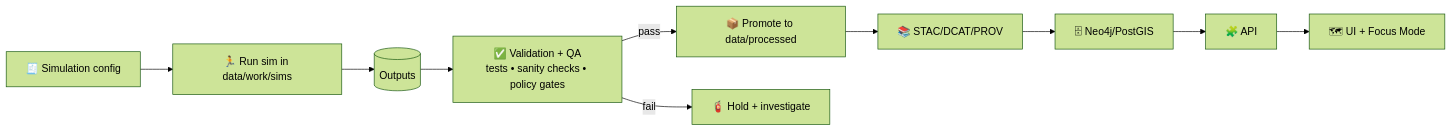
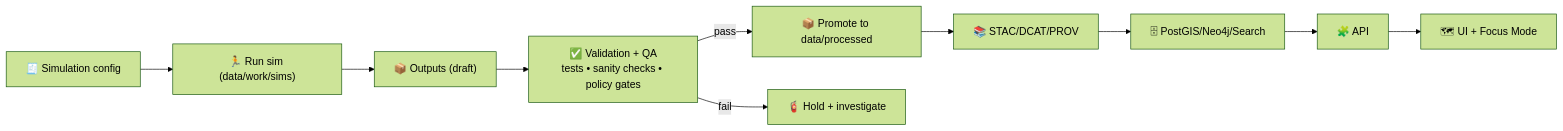
One commit to bartytime4life/Kansas-Frontier-Matrix changed diagram 12 of 13 in docs/architecture/diagrams/README.md. Above: the diagram before and after it, drawn with Mermaid (forest theme). The commit also changed other lines of this file, not shown here.

````diff
--- a/docs/architecture/diagrams/README.md
+++ b/docs/architecture/diagrams/README.md
@@ -492,12 +645,12 @@
 ```mermaid
 flowchart LR
-  CFG[🧾 Simulation config] --> RUN[🏃 Run sim in data/work/sims]
-  RUN --> OUT[(Outputs)]
-  OUT --> QA[✅ Validation + QA<br/>tests • sanity checks • policy gates]
-  QA -->|pass| PROMOTE[📦 Promote to data/processed]
-  QA -->|fail| HOLD[🧯 Hold + investigate]
-  PROMOTE --> CATALOG[📚 STAC/DCAT/PROV]
-  CATALOG --> GRAPHDB[🗄 Neo4j/PostGIS]
-  GRAPHDB --> API[🧩 API]
-  API --> UI[🗺 UI + Focus Mode]
+  CFG["🧾 Simulation config"] --> RUN["🏃 Run sim (data/work/sims)"]
+  RUN --> OUT["📦 Outputs (draft)"]
+  OUT --> QA["✅ Validation + QA<br/>tests • sanity checks • policy gates"]
+  QA -->|pass| PROMOTE["📦 Promote to data/processed"]
+  QA -->|fail| HOLD["🧯 Hold + investigate"]
+  PROMOTE --> CATALOG["📚 STAC/DCAT/PROV"]
+  CATALOG --> STORES["🗄 PostGIS/Neo4j/Search"]
+  STORES --> API["🧩 API"]
+  API --> UI["🗺 UI + Focus Mode"]
 ```
````
